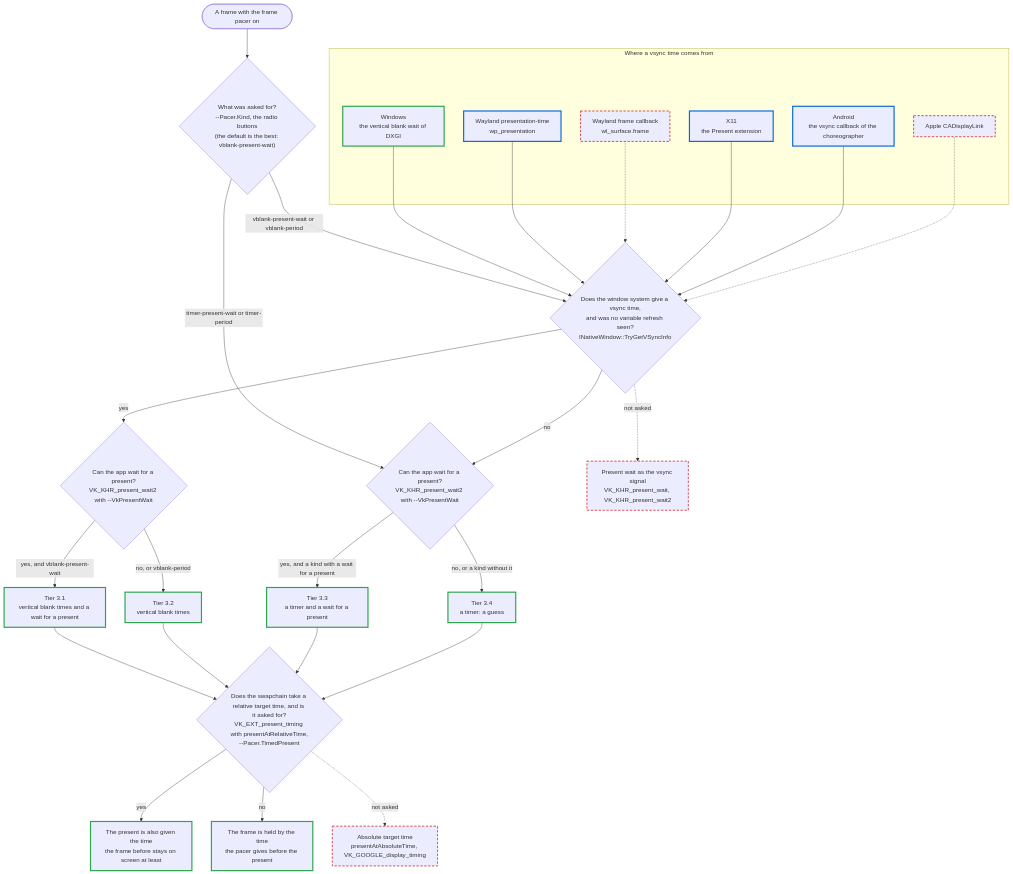
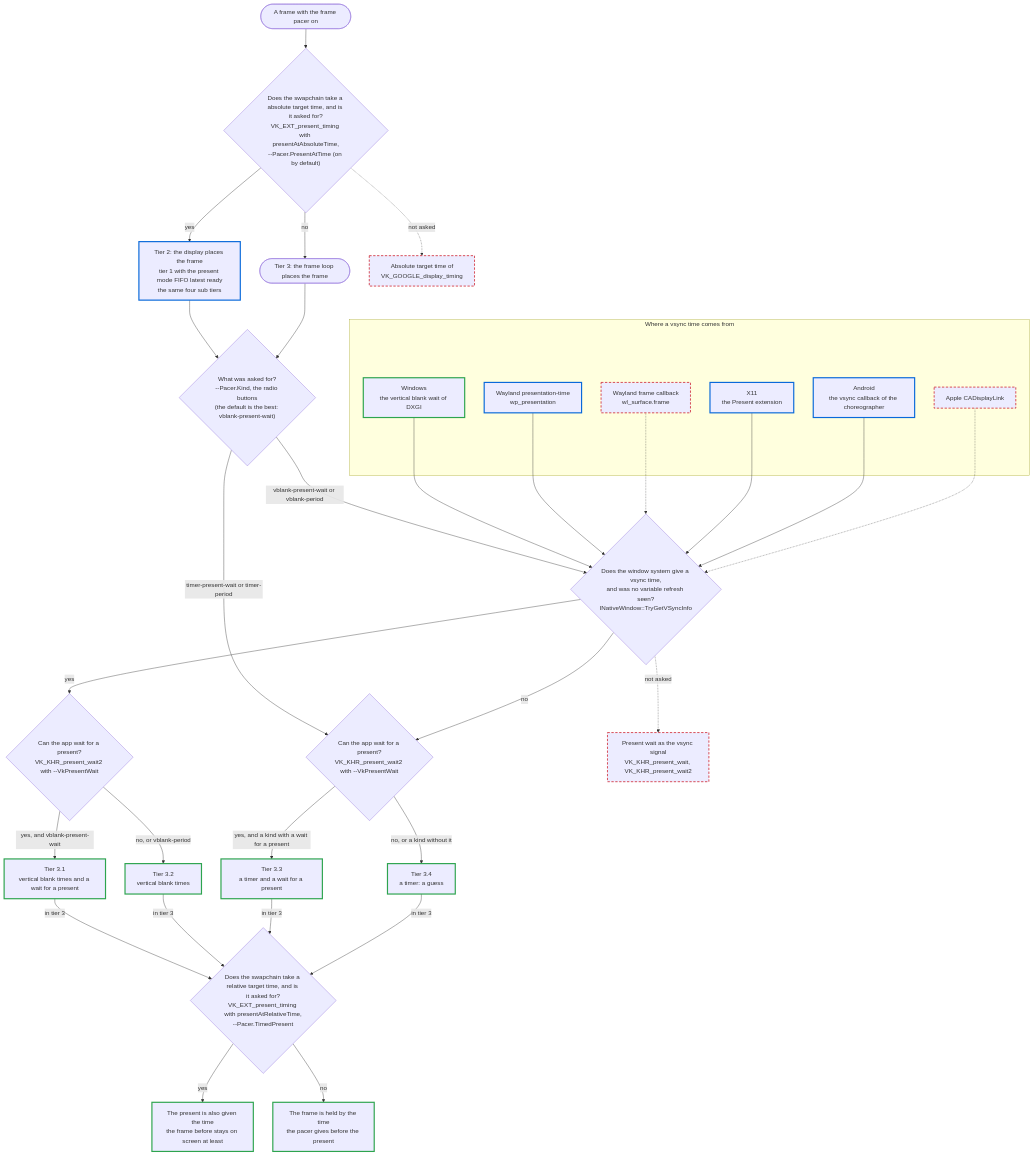
The diagram in Doc/FramePacingPlatformSupport.md (Unarmed1000/gtec-demo-framework), drawn with Mermaid before and after one commit. The commit also changed other lines of this file and 29 other files, not shown here.

First line of the commit message:
FramePacing samples: every tier of the pacer library in the side bar, and the pacer is told everything the app can do

````diff
--- a/Doc/FramePacingPlatformSupport.md
+++ b/Doc/FramePacingPlatformSupport.md
@@ -415,57 +421,64 @@
 ```mermaid
 flowchart TD
     run(["A frame with the frame pacer on"])
     q1{"What was asked for?<br/>--Pacer.Kind, the radio buttons<br/>(the default is the best: vblank-present-wait)"}
     q2{"Does the window system give a vsync time,<br/>and was no variable refresh seen?<br/>INativeWindow::TryGetVSyncInfo"}
     q3{"Can the app wait for a present?<br/>VK_KHR_present_wait2 with --VkPresentWait"}
     q4{"Can the app wait for a present?<br/>VK_KHR_present_wait2 with --VkPresentWait"}
+    q0{"Does the swapchain take a absolute target time, and is it asked for?<br/>VK_EXT_present_timing with presentAtAbsoluteTime,<br/>--Pacer.PresentAtTime (on by default)"}
     q5{"Does the swapchain take a relative target time, and is it asked for?<br/>VK_EXT_present_timing with presentAtRelativeTime,<br/>--Pacer.TimedPresent"}
+    major3(["Tier 3: the frame loop places the frame"])
+    major2["Tier 2: the display places the frame<br/>tier 1 with the present mode FIFO latest ready<br/>the same four sub tiers"]:::built
 
     t31["Tier 3.1<br/>vertical blank times and a wait for a present"]:::measured
     t32["Tier 3.2<br/>vertical blank times"]:::measured
     t33["Tier 3.3<br/>a timer and a wait for a present"]:::measured
     t34["Tier 3.4<br/>a timer: a guess"]:::measured
     timed["The present is also given the time<br/>the frame before stays on screen at least"]:::measured
     plain["The frame is held by the time<br/>the pacer gives before the present"]:::measured
 
-    absolute["Absolute target time<br/>presentAtAbsoluteTime, VK_GOOGLE_display_timing"]:::notbuilt
+    absolute["Absolute target time of<br/>VK_GOOGLE_display_timing"]:::notbuilt
     presentwait["Present wait as the vsync signal<br/>VK_KHR_present_wait, VK_KHR_present_wait2"]:::notbuilt
 
     subgraph sources ["Where a vsync time comes from"]
         win["Windows<br/>the vertical blank wait of DXGI"]:::measured
         wlpresentation["Wayland presentation-time<br/>wp_presentation"]:::built
         wlframe["Wayland frame callback<br/>wl_surface.frame"]:::notbuilt
         x11present["X11<br/>the Present extension"]:::built
         android["Android<br/>the vsync callback of the choreographer"]:::built
         other["Apple CADisplayLink"]:::notbuilt
     end
 
-    run --> q1
+    run --> q0
+    q0 -- "yes" --> major2
+    q0 -- "no" --> major3
+    major2 --> q1
+    major3 --> q1
     q1 -- "vblank-present-wait or vblank-period" --> q2
     q1 -- "timer-present-wait or timer-period" --> q4
     q2 -- "yes" --> q3
     q2 -- "no" --> q4
     q3 -- "yes, and vblank-present-wait" --> t31
     q3 -- "no, or vblank-period" --> t32
     q4 -- "yes, and a kind with a wait for a present" --> t33
     q4 -- "no, or a kind without it" --> t34
-    t31 --> q5
-    t32 --> q5
-    t33 --> q5
-    t34 --> q5
+    t31 -- "in tier 3" --> q5
+    t32 -- "in tier 3" --> q5
+    t33 -- "in tier 3" --> q5
+    t34 -- "in tier 3" --> q5
     q5 -- "yes" --> timed
     q5 -- "no" --> plain
 
     win --> q2
     wlpresentation --> q2
     wlframe -.-> q2
     x11present --> q2
     android --> q2
     other -.-> q2
-    q5 -. "not asked" .-> absolute
+    q0 -. "not asked" .-> absolute
     q2 -. "not asked" .-> presentwait
 
     classDef measured stroke:#2da44e,stroke-width:3px
     classDef built stroke:#0969da,stroke-width:3px
     classDef notbuilt stroke:#cf222e,stroke-width:2px,stroke-dasharray:6 4
 ```
````
